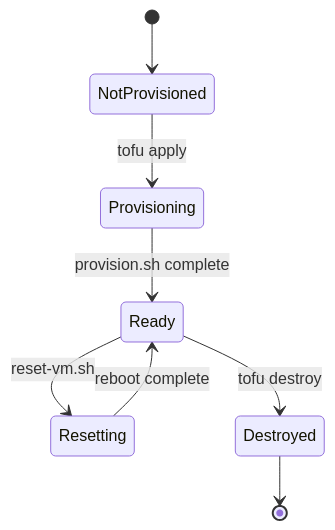
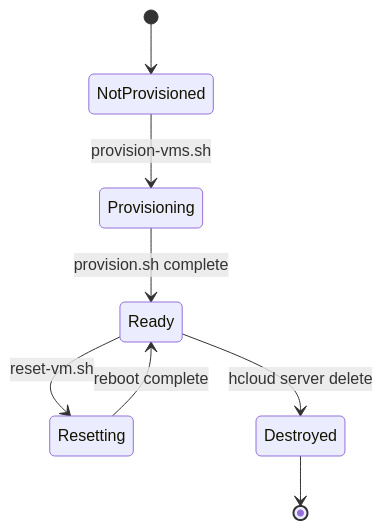
One commit to flaksit/pc-switcher changed the first of 3 diagrams in specs/002-testing-framework/data-model.md. Above: the diagram before and after it, drawn with Mermaid. The commit also changed 6 other files, not shown here.

````diff
--- a/specs/002-testing-framework/data-model.md
+++ b/specs/002-testing-framework/data-model.md
@@ -29,10 +29,10 @@
 ```mermaid
 stateDiagram-v2
     [*] --> NotProvisioned
-    NotProvisioned --> Provisioning: tofu apply
+    NotProvisioned --> Provisioning: provision-vms.sh
     Provisioning --> Ready: provision.sh complete
     Ready --> Resetting: reset-vm.sh
     Resetting --> Ready: reboot complete
-    Ready --> Destroyed: tofu destroy
+    Ready --> Destroyed: hcloud server delete
     Destroyed --> [*]
 ```
````
